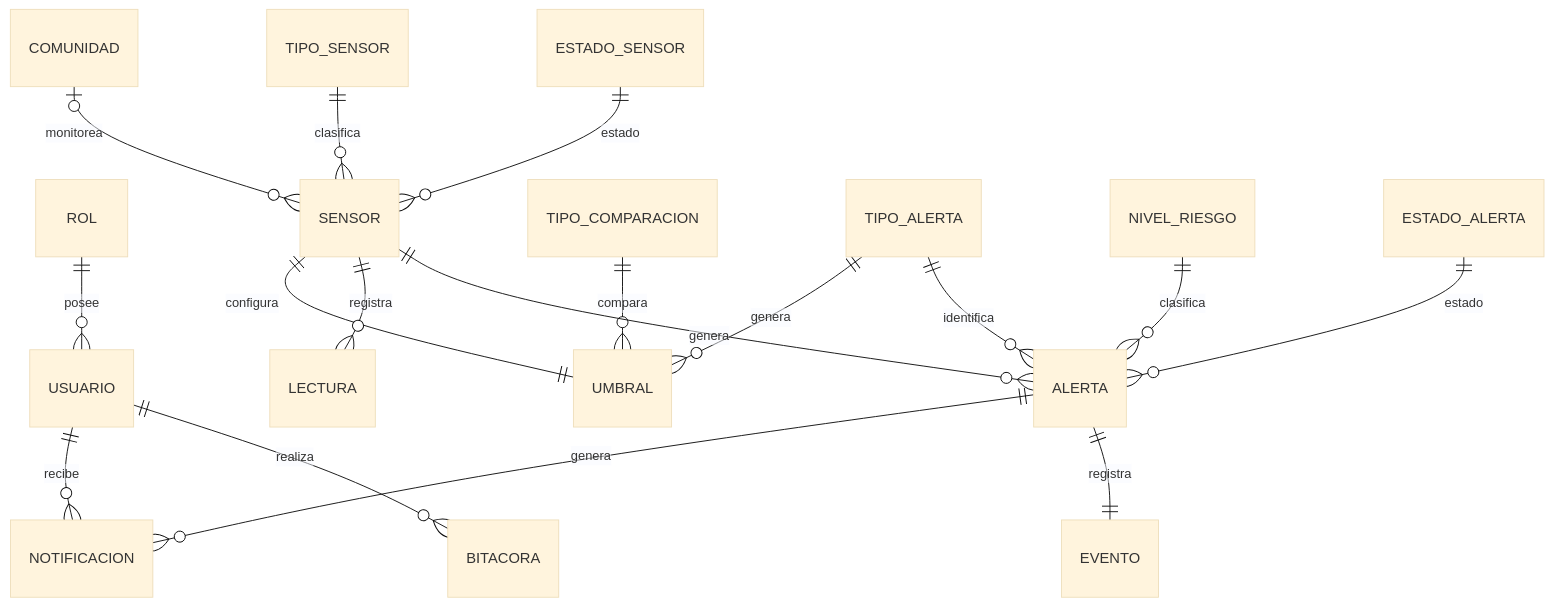
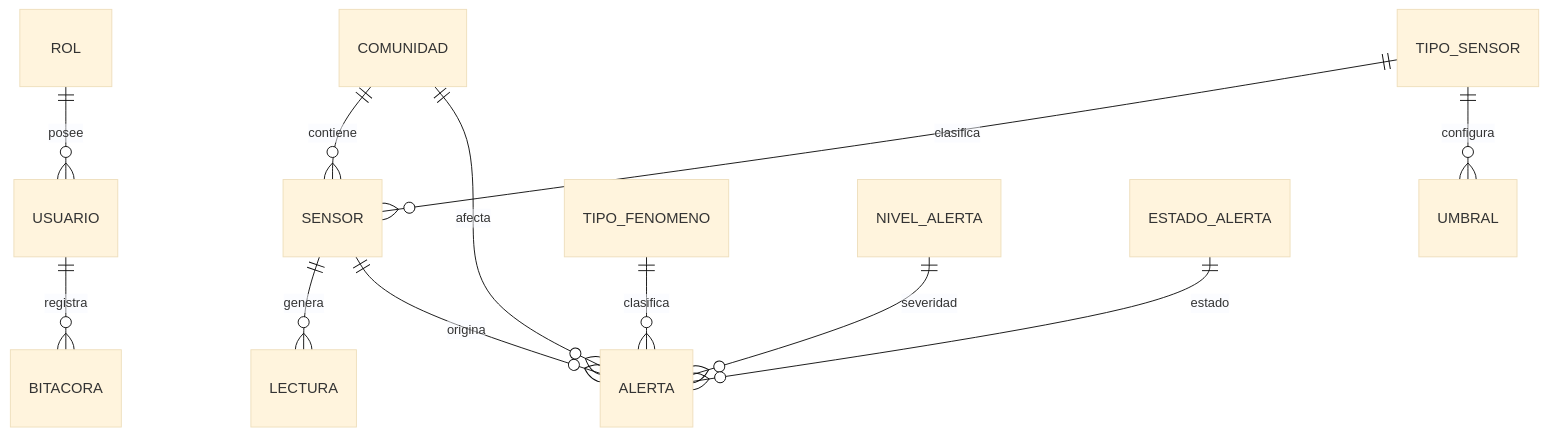
The diagram in docs/DOC-10-Modelo de BD.md (acifuinaMar/ClimGuard), drawn with Mermaid (base theme) before and after one commit. The commit also changed other lines of this file and 15 other files, not shown here.

````diff
--- a/docs/DOC-10-Modelo de BD.md
+++ b/docs/DOC-10-Modelo de BD.md
@@ -72,35 +69,25 @@
 ```mermaid
 erDiagram
 
 ROL ||--o{ USUARIO : posee
 
-COMUNIDAD o|--o{ SENSOR : monitorea
+COMUNIDAD ||--o{ SENSOR : contiene
 
 TIPO_SENSOR ||--o{ SENSOR : clasifica
 
-ESTADO_SENSOR ||--o{ SENSOR : estado
+TIPO_SENSOR ||--o{ UMBRAL : configura
 
-SENSOR ||--|| UMBRAL : configura
+SENSOR ||--o{ LECTURA : genera
 
-TIPO_COMPARACION ||--o{ UMBRAL : compara
+SENSOR ||--o{ ALERTA : origina
 
-TIPO_ALERTA ||--o{ UMBRAL : genera
+COMUNIDAD ||--o{ ALERTA : afecta
 
-SENSOR ||--o{ LECTURA : registra
+TIPO_FENOMENO ||--o{ ALERTA : clasifica
 
-SENSOR ||--o{ ALERTA : genera
-
-NIVEL_RIESGO ||--o{ ALERTA : clasifica
+NIVEL_ALERTA ||--o{ ALERTA : severidad
 
 ESTADO_ALERTA ||--o{ ALERTA : estado
 
-TIPO_ALERTA ||--o{ ALERTA : identifica
-
-ALERTA ||--o{ NOTIFICACION : genera
-
-USUARIO ||--o{ NOTIFICACION : recibe
-
-ALERTA ||--|| EVENTO : registra
-
-USUARIO ||--o{ BITACORA : realiza
+USUARIO ||--o{ BITACORA : registra
 ```
````
